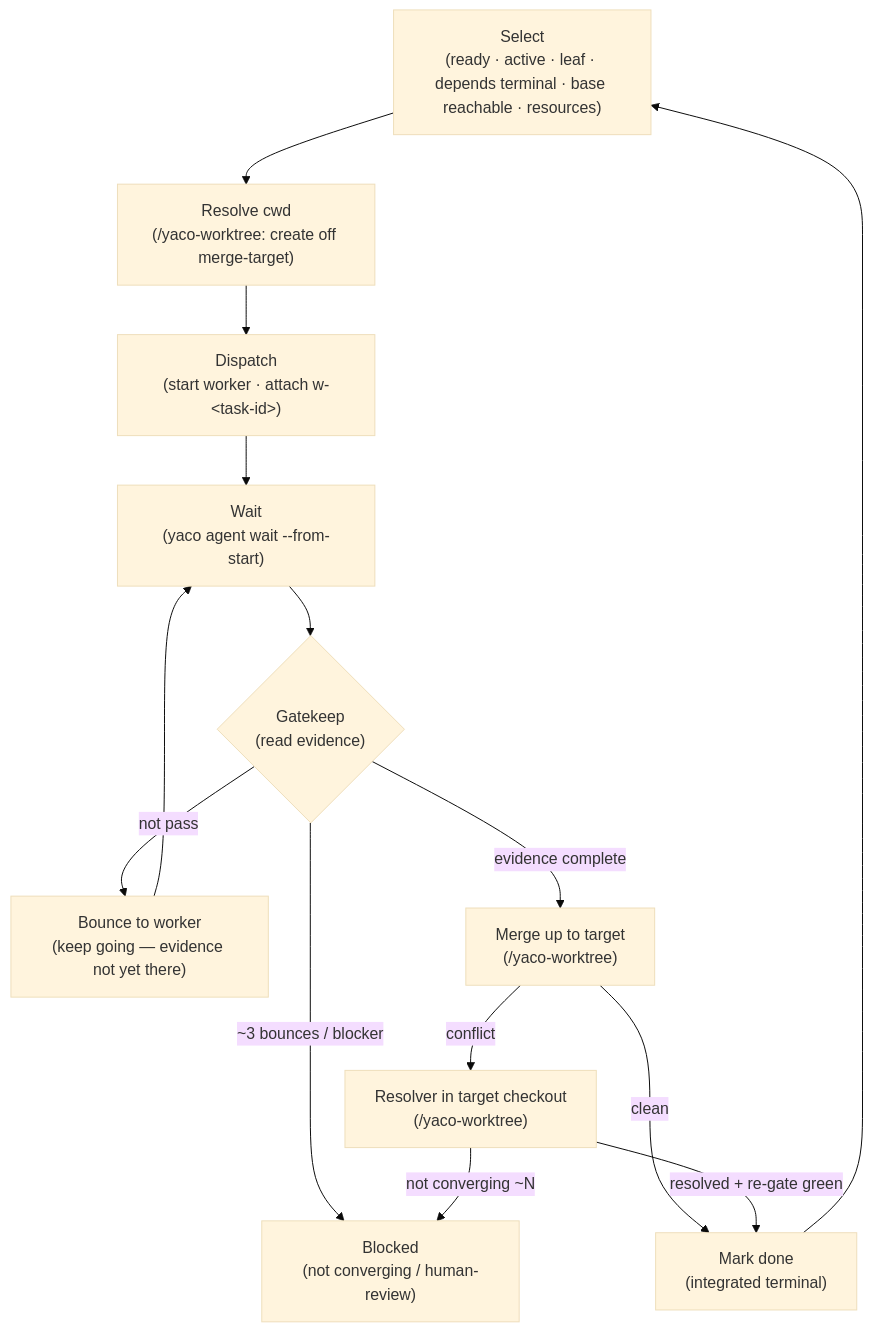
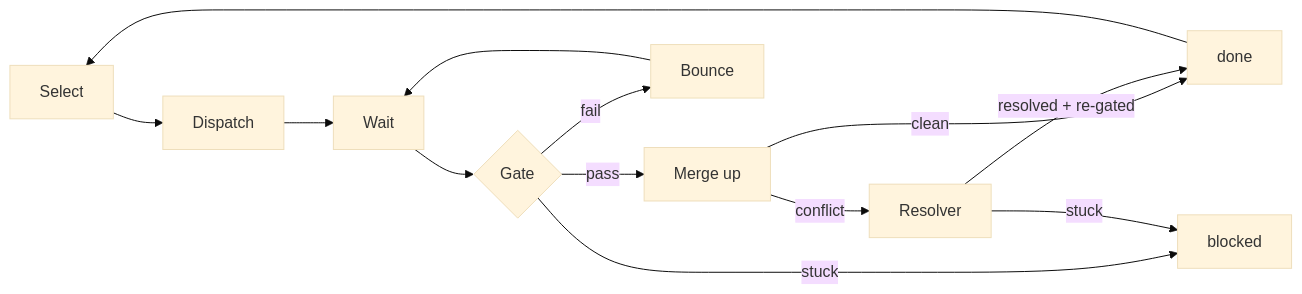
The diagram in agent-config/global/skills/orchestrate/SKILL.md (imoonkey/yaco), drawn with Mermaid (base theme) before and after one commit. The commit also changed other lines of this file and 7 other files, not shown here.

````diff
--- a/agent-config/global/skills/orchestrate/SKILL.md
+++ b/agent-config/global/skills/orchestrate/SKILL.md
@@ -19,21 +13,9 @@
 ```mermaid
-flowchart TB
-  SEL["Select<br/>(ready · active · leaf · depends terminal · base reachable · resources)"]
-  CWD["Resolve cwd<br/>(/yaco-worktree: create off merge-target)"]
-  DISP["Dispatch<br/>(start worker · attach w-&lt;task-id&gt;)"]
-  WAIT["Wait<br/>(yaco agent wait --from-start)"]
-  GATE{"Gatekeep<br/>(read evidence)"}
-  BOUNCE["Bounce to worker<br/>(keep going — evidence not yet there)"]
-  MERGE["Merge up to target<br/>(/yaco-worktree)"]
-  RES["Resolver in target checkout<br/>(/yaco-worktree)"]
-  DONE["Mark done<br/>(integrated terminal)"]
-  BLOCK["Blocked<br/>(not converging / human-review)"]
-  SEL --> CWD --> DISP --> WAIT --> GATE
-  GATE -->|evidence complete| MERGE
-  GATE -->|not pass| BOUNCE --> WAIT
-  GATE -->|~3 bounces / blocker| BLOCK
-  MERGE -->|clean| DONE --> SEL
-  MERGE -->|conflict| RES
-  RES -->|resolved + re-gate green| DONE
-  RES -->|not converging ~N| BLOCK
+flowchart LR
+  SEL[Select] --> DISP[Dispatch] --> WAIT[Wait] --> GATE{Gate}
+  GATE -->|pass| MERGE[Merge up] -->|clean| DONE[done] --> SEL
+  GATE -->|fail| BOUNCE[Bounce] --> WAIT
+  GATE -->|stuck| BLOCK[blocked]
+  MERGE -->|conflict| RES[Resolver] -->|resolved + re-gated| DONE
+  RES -->|stuck| BLOCK
 ```
````
